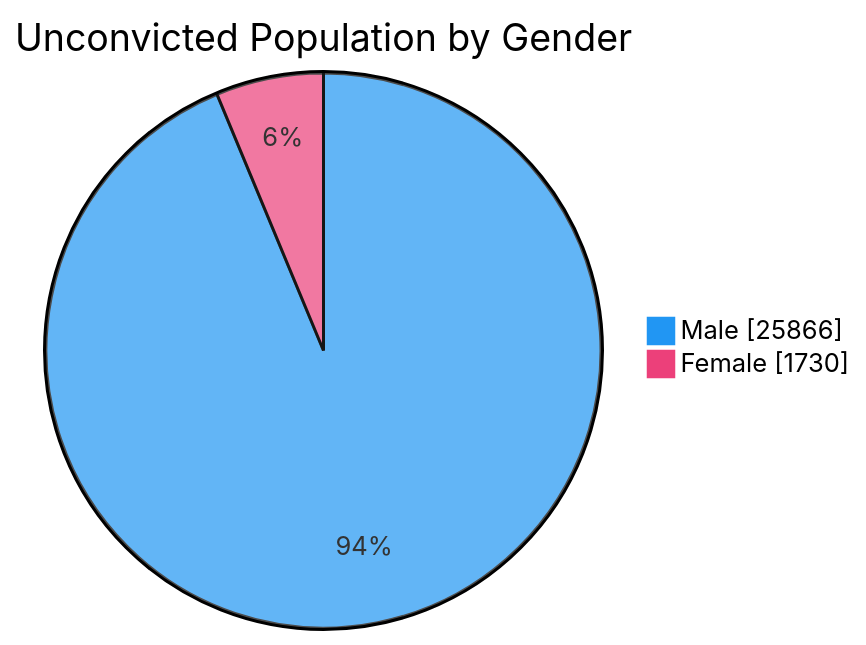
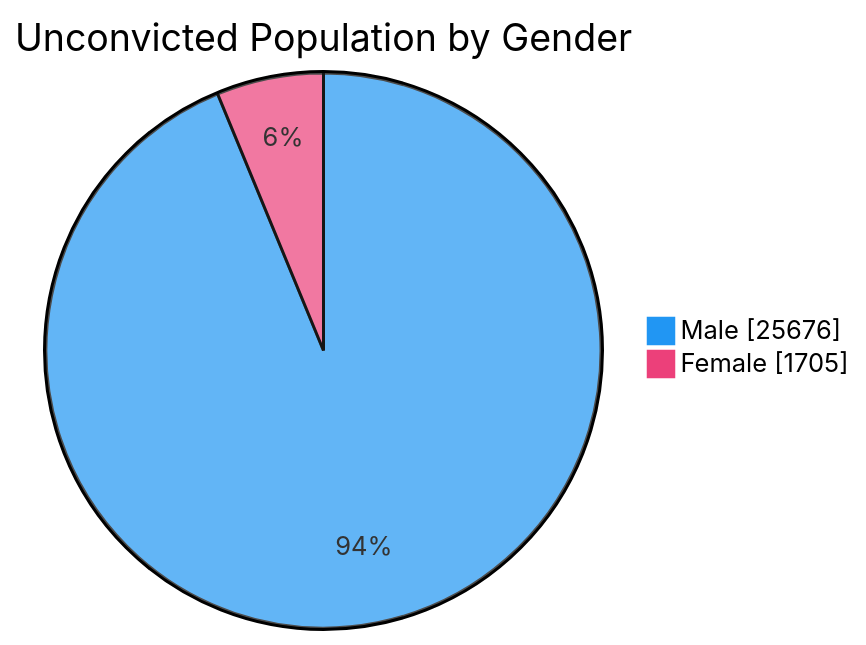
Before and after one commit to nuuuwan/lk_prisons: the fourth of 7 diagrams in README.md, drawn with Mermaid. The commit also changed other lines of this file and 1 other file, not shown here.

````diff
--- a/README.md
+++ b/README.md
@@ -76,6 +76,6 @@
 ```mermaid
 %%{init: {'themeVariables': {'pie1': '#2196F3', 'pie2': '#EC407A'}}}%%
 pie showData title Unconvicted Population by Gender
-    "Male" : 25866
-    "Female" : 1730
+    "Male" : 25676
+    "Female" : 1705
 ```
````
